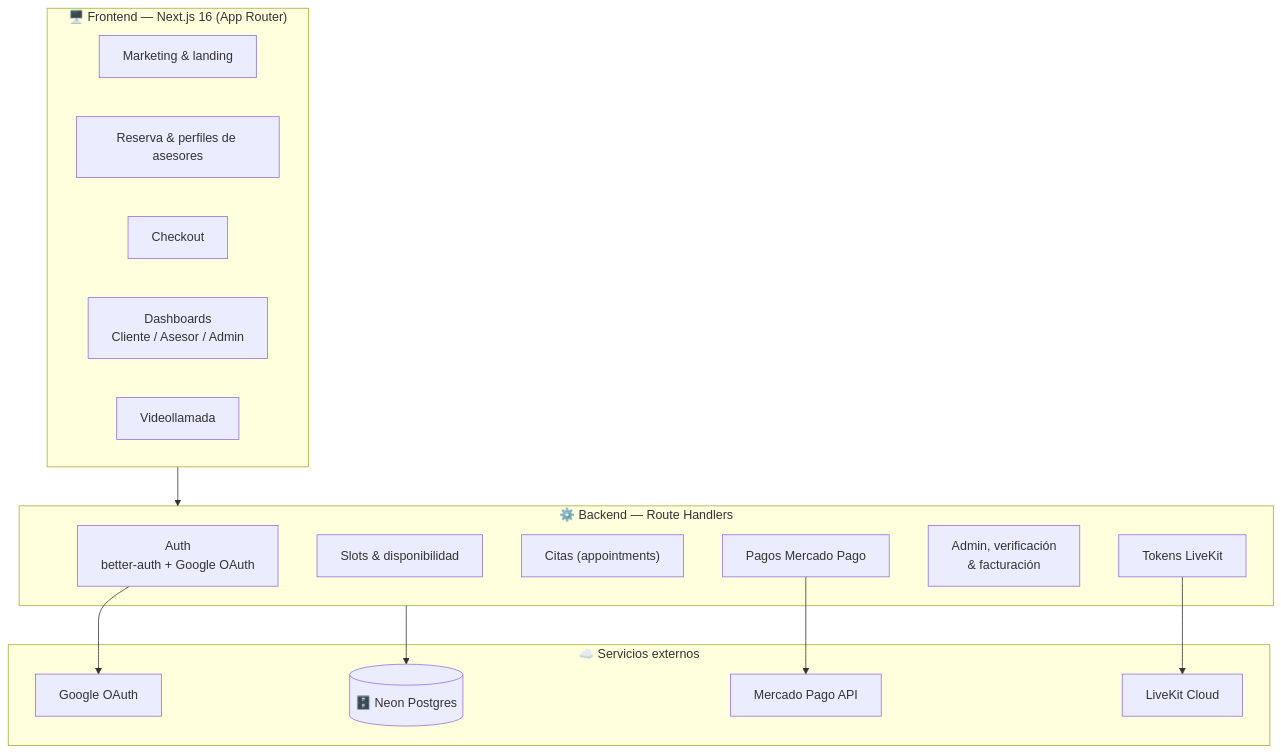
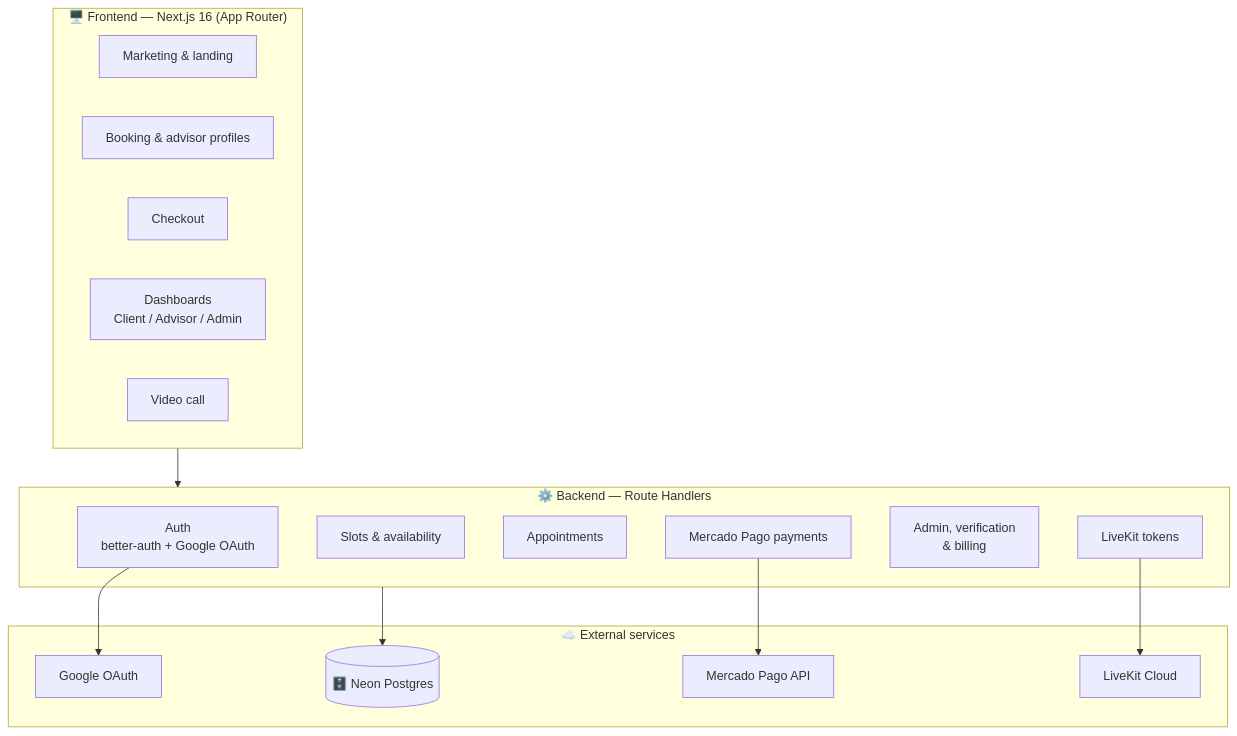
One commit to panagiod/meti-booking changed the first of 2 diagrams in README.md. Above: the diagram before and after it, drawn with Mermaid. The commit also changed other lines of this file and 4 other files, not shown here.

````diff
--- a/README.md
+++ b/README.md
@@ -83,32 +83,32 @@
 ```mermaid
 flowchart TB
     subgraph FE["🖥️ Frontend — Next.js 16 (App Router)"]
         MKT["Marketing & landing"]
-        BOOK["Reserva & perfiles de asesores"]
+        BOOK["Booking & advisor profiles"]
         CHECK["Checkout"]
-        DASH["Dashboards<br/>Cliente / Asesor / Admin"]
-        CALL["Videollamada"]
+        DASH["Dashboards<br/>Client / Advisor / Admin"]
+        CALL["Video call"]
     end
 
     subgraph BE["⚙️ Backend — Route Handlers"]
         AUTH["Auth<br/>better-auth + Google OAuth"]
-        SLOTS["Slots & disponibilidad"]
-        APPT["Citas (appointments)"]
-        PAY["Pagos Mercado Pago"]
-        ADMIN["Admin, verificación<br/>& facturación"]
-        LIVEKIT["Tokens LiveKit"]
+        SLOTS["Slots & availability"]
+        APPT["Appointments"]
+        PAY["Mercado Pago payments"]
+        ADMIN["Admin, verification<br/>& billing"]
+        LIVEKIT["LiveKit tokens"]
     end
 
-    subgraph EXT["☁️ Servicios externos"]
+    subgraph EXT["☁️ External services"]
         DB[("🗄️ Neon Postgres")]
         MP["Mercado Pago API"]
         LK["LiveKit Cloud"]
         G["Google OAuth"]
     end
 
     FE --> BE
     AUTH --> G
     PAY --> MP
     LIVEKIT --> LK
     BE --> DB
 ```
````
